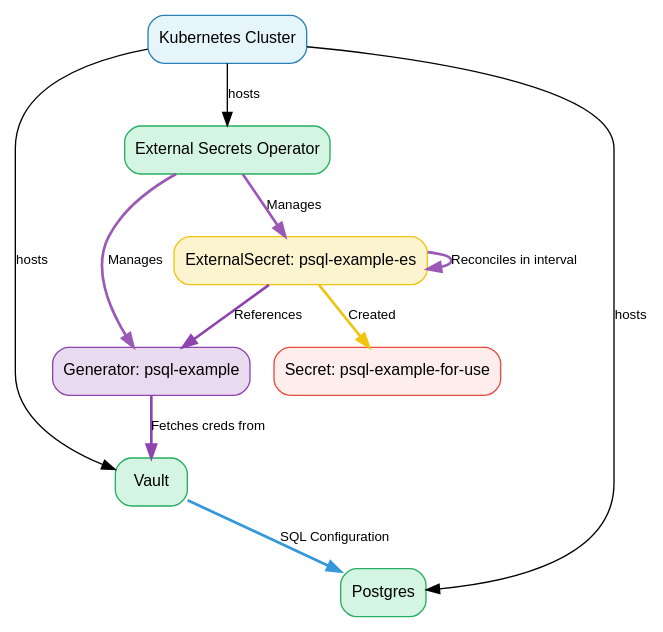
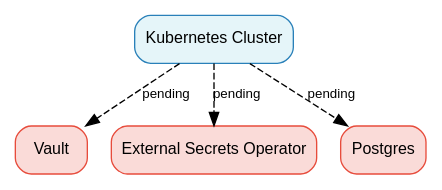
One commit to Skarlso/rotate-secrets-demo changed the diagram in k8s_state.dot. Above: the diagram before and after it, drawn with Graphviz. The commit also changed 2 other files, not shown here.

```diff
--- a/k8s_state.dot
+++ b/k8s_state.dot
@@ -1,26 +1,16 @@
 digraph kubernetes_state {
     style=filled;
     rankdir=TB;
     node [shape=box, style="rounded,filled", fontname="Arial", fontsize=12];
     edge [fontname="Arial", fontsize=10];
     
     bgcolor="white";
     
     Kubernetes [label="Kubernetes Cluster", fillcolor="#E5F5F9", color="#2980B9"];
-    Vault [label="Vault", fillcolor="#D5F5E3", color="#27AE60"];
-    Kubernetes -> Vault [label="hosts"];
-    ESO [label="External Secrets Operator", fillcolor="#D5F5E3", color="#27AE60"];
-    Kubernetes -> ESO [label="hosts"];
-    Postgres [label="Postgres", fillcolor="#D5F5E3", color="#27AE60"];
-    Kubernetes -> Postgres [label="hosts"];
-    Vault -> Postgres [label="SQL Configuration", color="#3498DB", penwidth=2];
-    Generator [label="Generator: psql-example", fillcolor="#E8DAEF", color="#8E44AD"];
-    ESO -> Generator [label="Manages", color="#9B59B6", penwidth=2];
-    Generator -> Vault [label="Fetches creds from", color="#8E44AD", penwidth=2];
-    ExternalSecret [label="ExternalSecret: psql-example-es", fillcolor="#FCF3CF", color="#F1C40F"];
-    ESO -> ExternalSecret [label="Manages", color="#9B59B6", penwidth=2];
-    ExternalSecret -> Generator [label="References", color="#8E44AD", penwidth=2];
-    Secret [label="Secret: psql-example-for-use", fillcolor="#FDEDEC", color="#E74C3C"];
-    ExternalSecret -> Secret [label="Created", color="#F1C40F", penwidth=2];
-    ExternalSecret -> ExternalSecret [label="Reconciles in interval", color="#9B59B6", penwidth=2];
+    Vault [label="Vault", fillcolor="#FADBD8", color="#E74C3C"];
+    Kubernetes -> Vault [label="pending", style="dashed"];
+    ESO [label="External Secrets Operator", fillcolor="#FADBD8", color="#E74C3C"];
+    Kubernetes -> ESO [label="pending", style="dashed"];
+    Postgres [label="Postgres", fillcolor="#FADBD8", color="#E74C3C"];
+    Kubernetes -> Postgres [label="pending", style="dashed"];
 }
```
